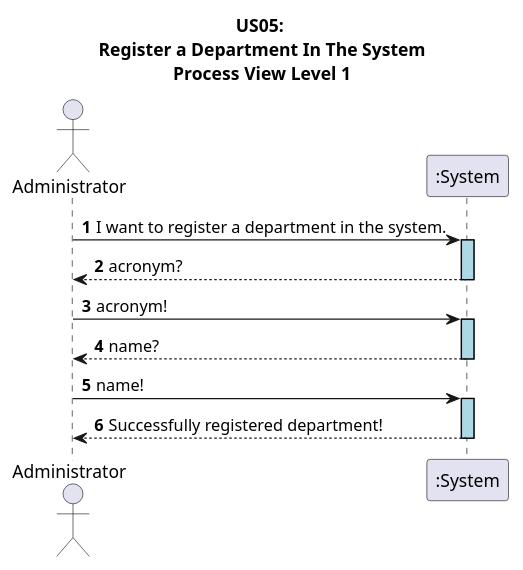
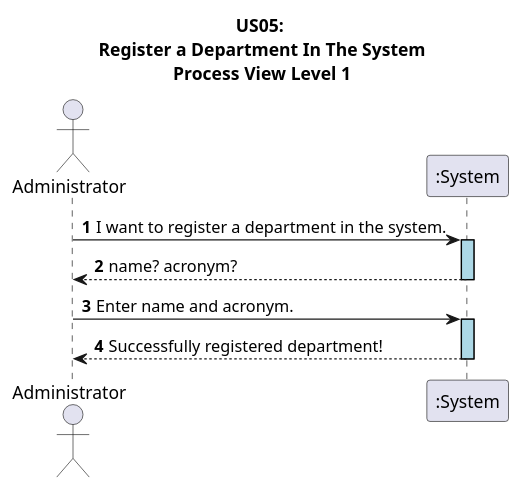
One commit to GasparISEP/DevOps-PAI changed the diagram in docs/US05/sprint6_RestAPI/ProcessView/US05_RestAPI_ProcessView_Level1.puml. Above: the diagram before and after it, drawn with PlantUML. The commit also changed 3 other files, not shown here.

Commit message:
doc: refactor process diagrams to reflect future implementation (refs #500, refs #575)

```diff
--- a/docs/US05/sprint6_RestAPI/ProcessView/US05_RestAPI_ProcessView_Level1.puml
+++ b/docs/US05/sprint6_RestAPI/ProcessView/US05_RestAPI_ProcessView_Level1.puml
@@ -1,19 +1,17 @@
 @startuml
 autonumber
 
 skinparam sequence {
    LifelineBorderColor black
    LifelineBackgroundColor LightBlue
  }
 
 title US05:\n Register a Department In The System\n Process View Level 1
 actor Administrator
 participant ":System" as System
 
 Administrator -> System ++: I want to register a department in the system.
-System --> Administrator --: acronym?
-Administrator -> System ++: acronym!
-System --> Administrator --: name?
-Administrator -> System ++: name!
+System --> Administrator --: name? acronym?
+Administrator -> System ++: Enter name and acronym.
 System --> Administrator --: Successfully registered department!
 @enduml
```
